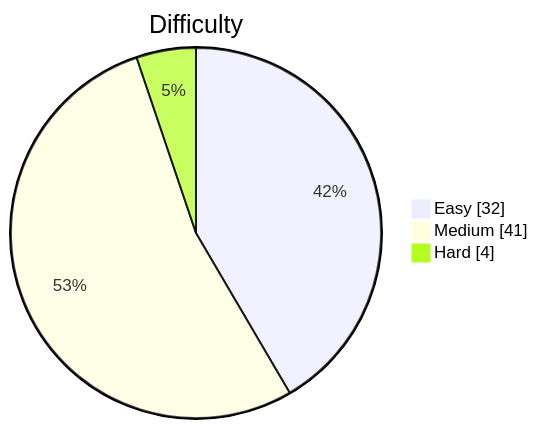
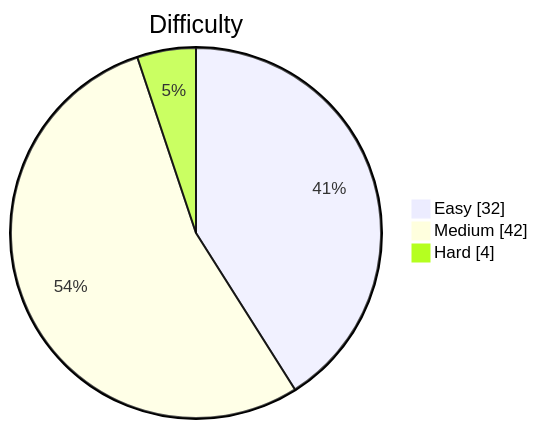
One commit to kevstevie/python-algo-practice changed the diagram in README.md. Above: the diagram before and after it, drawn with Mermaid. The commit also changed other lines of this file, not shown here.

````diff
--- a/README.md
+++ b/README.md
@@ -13,7 +13,7 @@
 ```mermaid
 pie showData
     title Difficulty
     "Easy"   : 32
-    "Medium" : 41
+    "Medium" : 42
     "Hard"   : 4
 ```
````
